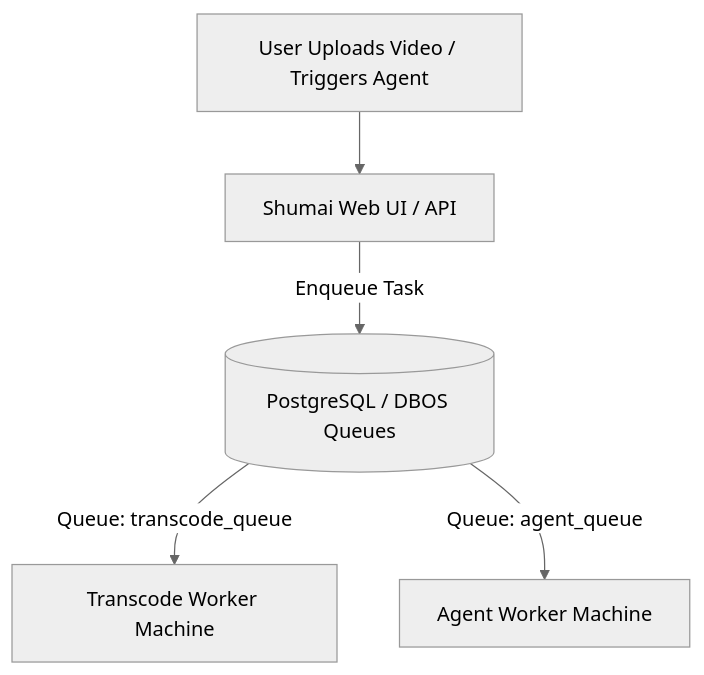
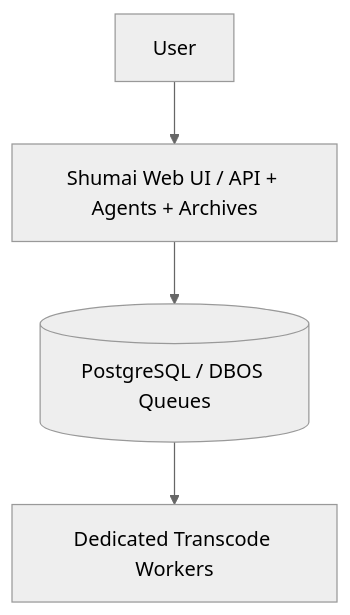
One commit to shumaiOne/shumai changed the first of 2 diagrams in docs/configuration/distributed.mdx. Above: the diagram before and after it, drawn with Mermaid (neutral theme). The commit also changed other lines of this file and 119 other files, not shown here.

First line of the commit message:
refactor(agent)!: migrate to Pi Durable and embed the agent queue (#525)

````diff
--- a/docs/configuration/distributed.mdx
+++ b/docs/configuration/distributed.mdx
@@ -16,7 +8,6 @@
 ```mermaid
 graph TD
-    UserUpload[User Uploads Video / Triggers Agent] --> WebApp[Shumai Web UI / API]
-    WebApp -->|Enqueue Task| DB[(PostgreSQL / DBOS Queues)]
-    DB -->|Queue: transcode_queue| TranscodeWorker[Transcode Worker Machine]
-    DB -->|Queue: agent_queue| AgentWorker[Agent Worker Machine]
+    User[User] --> Server[Shumai Web UI / API + Agents + Archives]
+    Server --> DB[(PostgreSQL / DBOS Queues)]
+    DB --> Transcode[Dedicated Transcode Workers]
 ```
````
